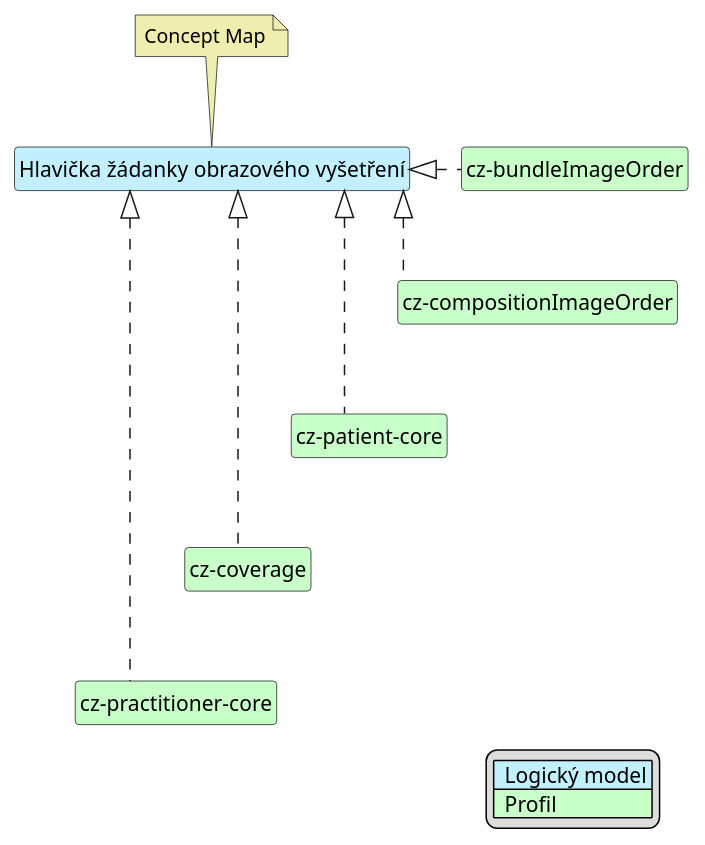
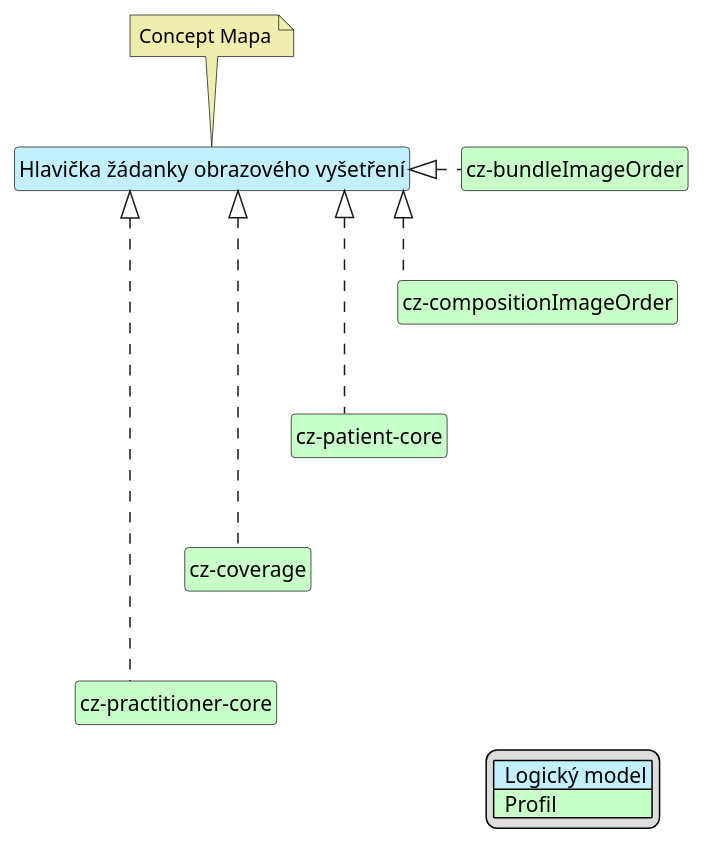
Before and after one commit to HL7-cz/img-order: the diagram in input/images-source/imgOrderHead-map-cs.plantuml, drawn with PlantUML. The commit also changed 7 other files, not shown here.

```diff
--- a/input/images-source/imgOrderHead-map-cs.plantuml
+++ b/input/images-source/imgOrderHead-map-cs.plantuml
@@ -1,43 +1,43 @@
 @startuml
 hide circle
 hide stereotype
 hide members
 hide methods
 skinparam linetype ortho
 skinparam class {
 BackgroundColor<<LogicalModel>> #APPLICATION
 BackgroundColor<<Profile>> #TECHNOLOGY
 }
 legend right
 | <#APPLICATION>  Logický model |
 | <#TECHNOLOGY>  Profil |
 endlegend
 class "Hlavička žádanky obrazového vyšetření" <<LogicalModel>> [[StructureDefinition-HeaderImagingOrder.html]]
 note top #EEEEAE [[ConceptMap-HeaderImagingOrder2FHIR-cz.html]]
-Concept Map
+Concept Mapa
 endnote
 /'
 class "Additional Recipient" <<LogicalModel>> [[StructureDefinition-AdditionalRecipientCz.html]]
 class "Author" <<LogicalModel>> [[StructureDefinition-AuthorCz.html]]
 class "Information about coverage" <<LogicalModel>> [[StructureDefinition-CoverageOrderCz.html]]
 class "Document metadata" <<LogicalModel>> [[StructureDefinition-DocumentMetadataCz.html]]
 class "Health insurance and payment information" <<LogicalModel>> [[StructureDefinition-PayerCz.html]]
 class "Requested Performer" <<LogicalModel>> [[StructureDefinition-RequestedPerformerCz.html]]
 class "Identification" <<LogicalModel>> [[StructureDefinition-SubjectCz.html]]
 class "Related contact information of the Patient/subject" <<LogicalModel>> [[StructureDefinition-SubjectCz.html]]
 '/
 class "cz-coverage" <<Profile>> [[https://build.fhir.org/ig/HL7-cz/cz-core/StructureDefinition-cz-coverage.html]]
 class "cz-patient-core" <<Profile>> [[https://build.fhir.org/ig/HL7-cz/cz-core/StructureDefinition-cz-patient-core.html]]
 class "cz-practitioner-core" <<Profile>> [[https://build.fhir.org/ig/HL7-cz/cz-core/StructureDefinition-cz-practitioner-core.html]]
 class "cz-bundleImageOrder" <<Profile>> [[StructureDefinition-cz-bundleImageOrder.html]]
 class "cz-compositionImageOrder" <<Profile>> [[StructureDefinition-cz-compositionImageOrder.html]]
 "Hlavička žádanky obrazového vyšetření" <|. "cz-compositionImageOrder"
 "Hlavička žádanky obrazového vyšetření" <|. "cz-bundleImageOrder"
 "Hlavička žádanky obrazového vyšetření" <|. "cz-patient-core"
 "Hlavička žádanky obrazového vyšetření" <|. "cz-coverage"
 "Hlavička žádanky obrazového vyšetření" <|. "cz-practitioner-core"
 "cz-bundleImageOrder" -d[hidden]-> "cz-compositionImageOrder"
 "cz-compositionImageOrder" -d[hidden]-> "cz-patient-core"
 "cz-patient-core" -d[hidden]-> "cz-coverage"
 "cz-coverage" -d[hidden]-> "cz-practitioner-core"
 @enduml
```
